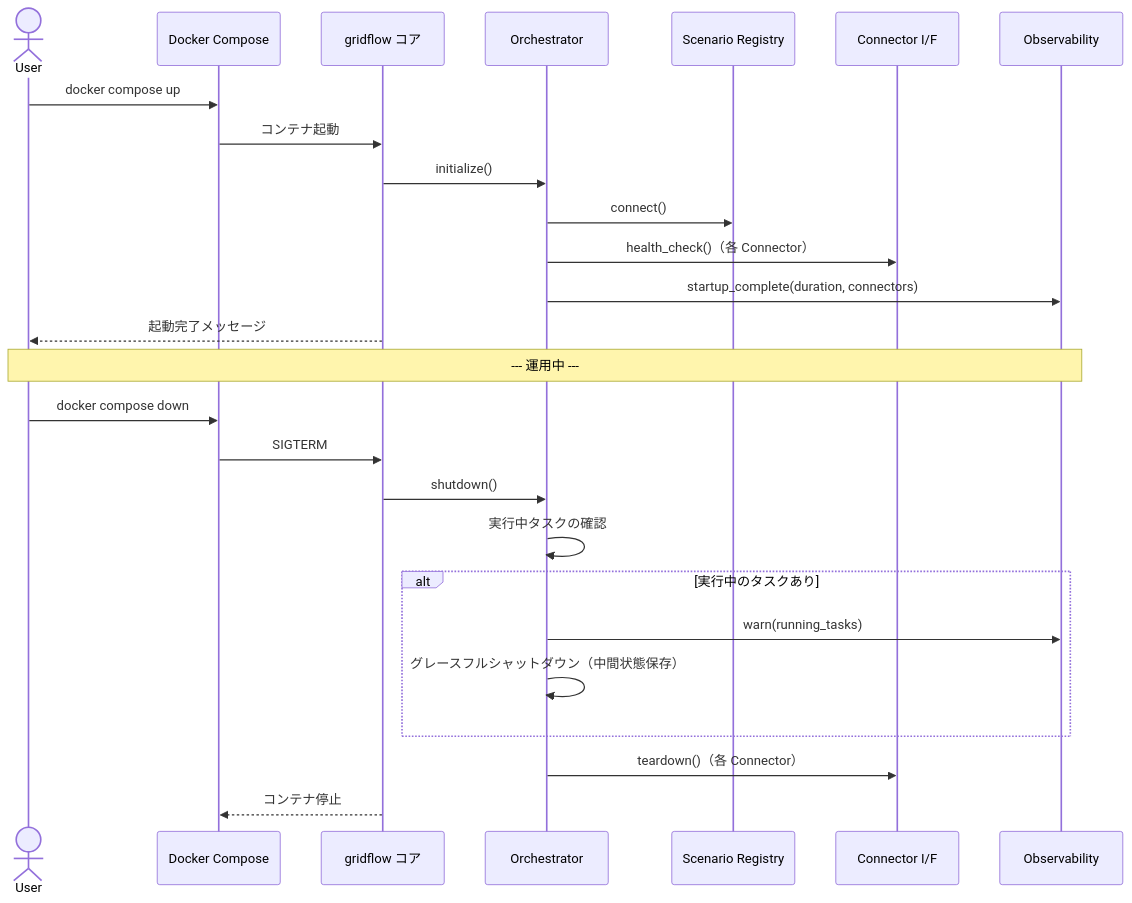
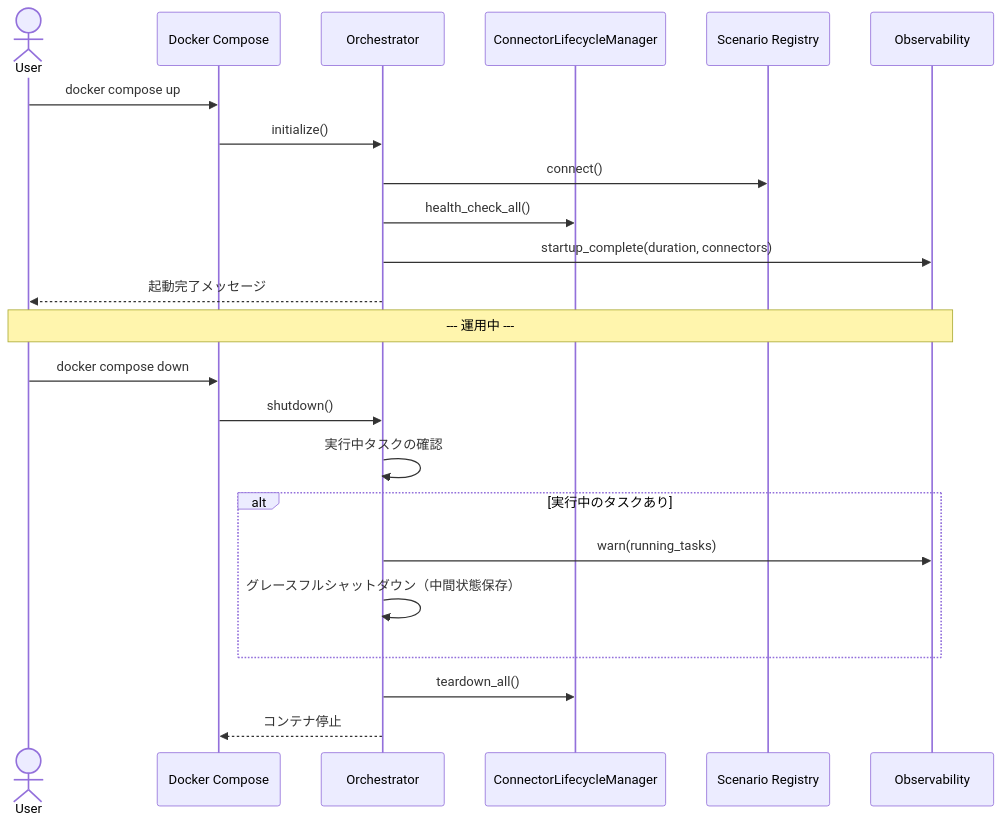
The ninth of 15 diagrams in docs/architecture/04_dynamic_view.md (bottlenome/gridflow), drawn with Mermaid before and after one commit. The commit also changed other lines of this file and 2 other files, not shown here.

First line of the commit message:
docs: propagate design review changes to all views

````diff
--- a/docs/architecture/04_dynamic_view.md
+++ b/docs/architecture/04_dynamic_view.md
@@ -603,31 +610,28 @@
 ```mermaid
 sequenceDiagram
     actor User
     participant Docker as Docker Compose
-    participant Core as gridflow コア
     participant Orch as Orchestrator
+    participant LCM as ConnectorLifecycleManager
     participant Registry as Scenario Registry
-    participant Connector as Connector I/F
     participant Logger as Observability
 
     User->>Docker: docker compose up
-    Docker->>Core: コンテナ起動
-    Core->>Orch: initialize()
+    Docker->>Orch: initialize()
     Orch->>Registry: connect()
-    Orch->>Connector: health_check()（各 Connector）
+    Orch->>LCM: health_check_all()
     Orch->>Logger: startup_complete(duration, connectors)
-    Core-->>User: 起動完了メッセージ
+    Orch-->>User: 起動完了メッセージ
 
     Note over User,Logger: --- 運用中 ---
 
     User->>Docker: docker compose down
-    Docker->>Core: SIGTERM
-    Core->>Orch: shutdown()
+    Docker->>Orch: shutdown()
     Orch->>Orch: 実行中タスクの確認
     alt 実行中のタスクあり
         Orch->>Logger: warn(running_tasks)
         Orch->>Orch: グレースフルシャットダウン（中間状態保存）
     end
-    Orch->>Connector: teardown()（各 Connector）
-    Core-->>Docker: コンテナ停止
+    Orch->>LCM: teardown_all()
+    Orch-->>Docker: コンテナ停止
 ```
````
